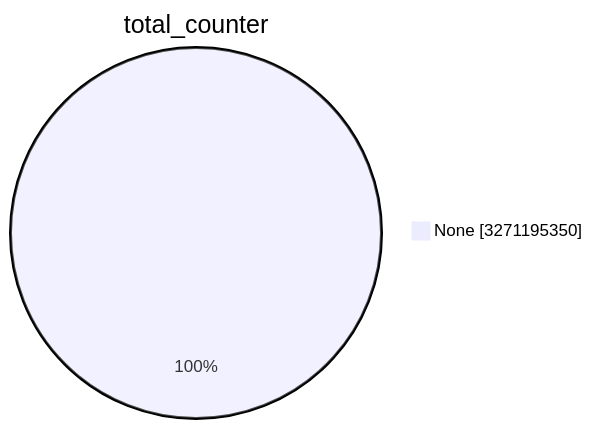
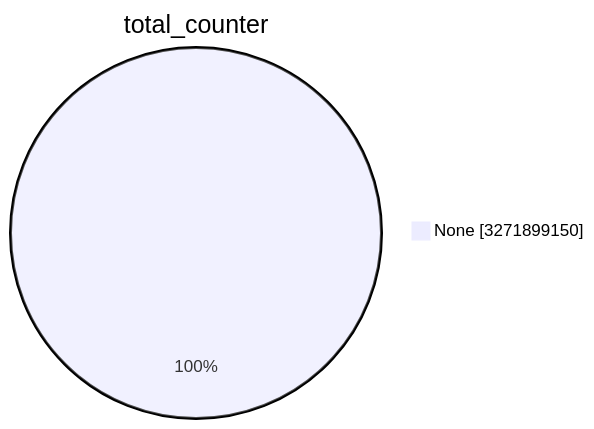
The first of 15 diagrams in TOTAL/README.md (christiankrug/ctmonitor_visualization), drawn with Mermaid before and after one commit. The commit also changed other lines of this file, not shown here.

````diff
--- a/TOTAL/README.md
+++ b/TOTAL/README.md
@@ -1,5 +1,5 @@
 ```mermaid
 pie showData
 title total_counter
-"None" :3271195350
+"None" :3271899150
 ```
````
